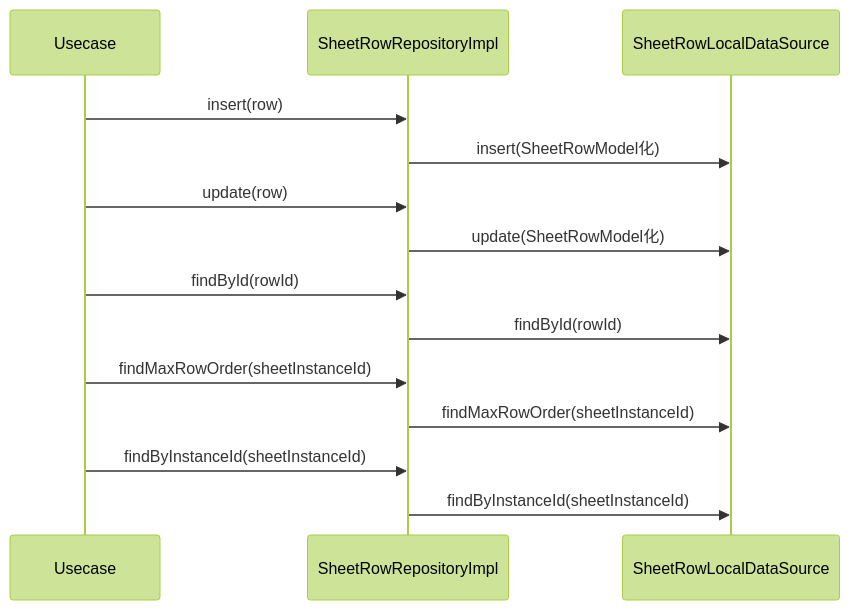
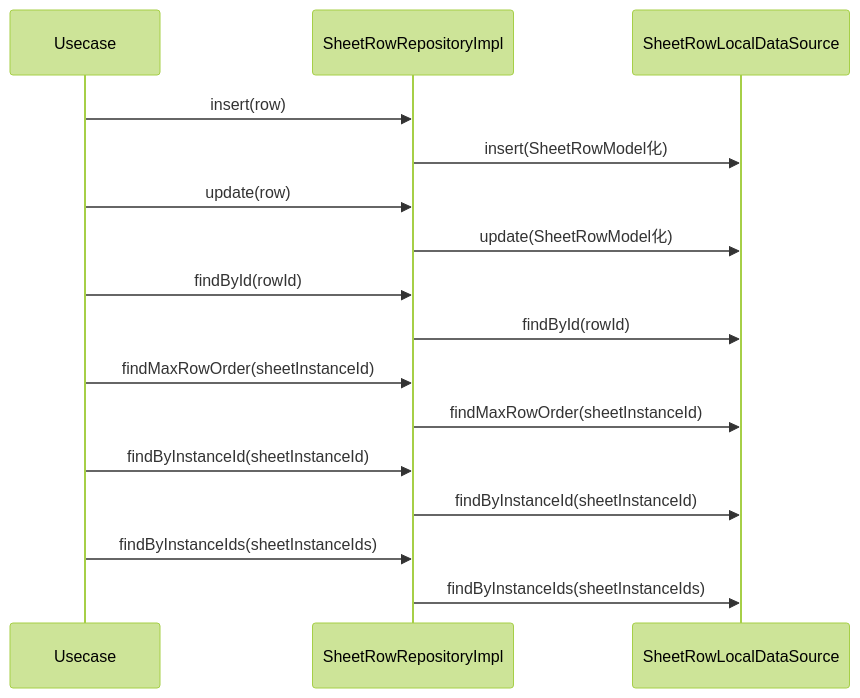
The diagram in docs/design/lib/src/features/voucher/data/repositories/sheet_row_repository_impl.md (MinamiyamaKotaro/m3_pad), drawn with Mermaid (forest theme) before and after one commit. The commit also changed other lines of this file and 90 other files, not shown here.

````diff
--- a/docs/design/lib/src/features/voucher/data/repositories/sheet_row_repository_impl.md
+++ b/docs/design/lib/src/features/voucher/data/repositories/sheet_row_repository_impl.md
@@ -14,17 +15,19 @@
 ```mermaid
 sequenceDiagram
     participant U as Usecase
     participant Impl as SheetRowRepositoryImpl
     participant D as SheetRowLocalDataSource
 
     U->>Impl: insert(row)
     Impl->>D: insert(SheetRowModel化)
     U->>Impl: update(row)
     Impl->>D: update(SheetRowModel化)
     U->>Impl: findById(rowId)
     Impl->>D: findById(rowId)
     U->>Impl: findMaxRowOrder(sheetInstanceId)
     Impl->>D: findMaxRowOrder(sheetInstanceId)
     U->>Impl: findByInstanceId(sheetInstanceId)
     Impl->>D: findByInstanceId(sheetInstanceId)
+    U->>Impl: findByInstanceIds(sheetInstanceIds)
+    Impl->>D: findByInstanceIds(sheetInstanceIds)
 ```
````
